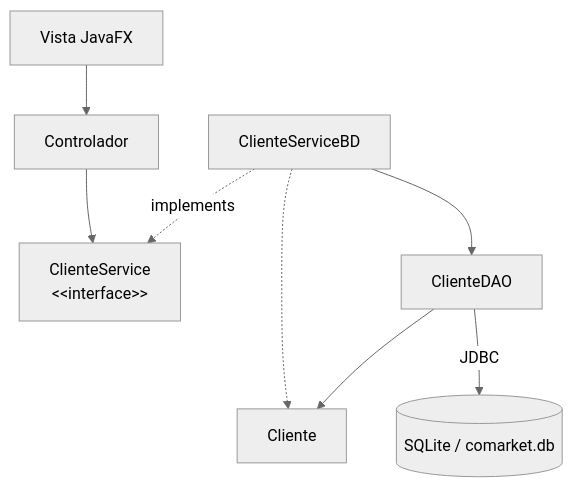
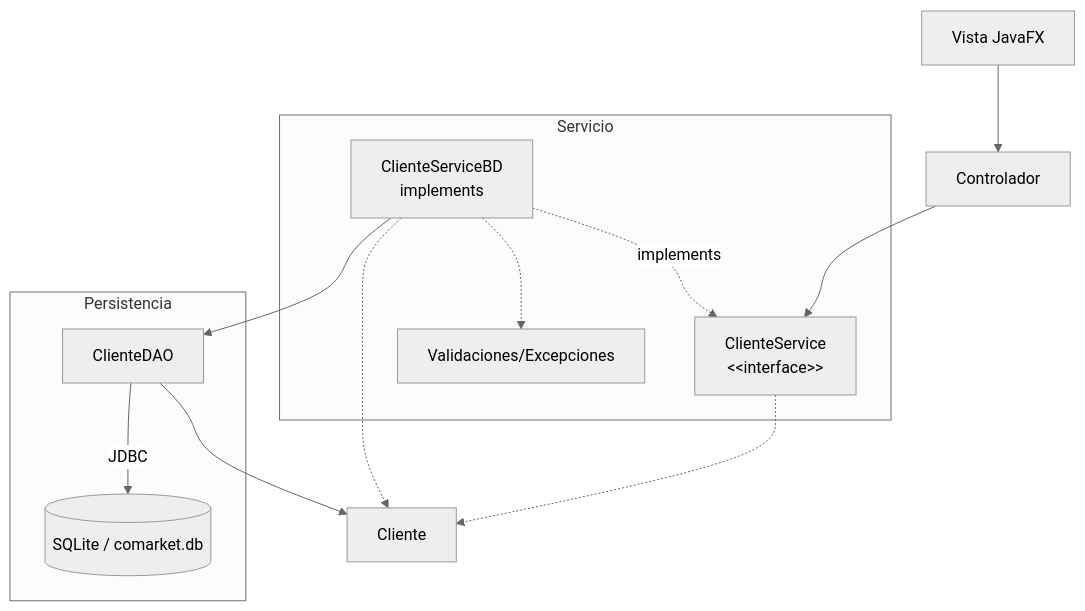
One commit to 262poo/comarket changed the diagram in docs/S10_DAO_CRUD_GUI.md. Above: the diagram before and after it, drawn with Mermaid (neutral theme). The commit also changed other lines of this file and 17 other files, not shown here.

````diff
--- a/docs/S10_DAO_CRUD_GUI.md
+++ b/docs/S10_DAO_CRUD_GUI.md
@@ -51,18 +61,28 @@
 ```mermaid
 flowchart TB
     Vista["Vista JavaFX"]
     Controlador["Controlador"]
-    Contrato["ClienteService<br/>&lt;&lt;interface&gt;&gt;"]
-    Servicio["ClienteServiceBD"]
+
+    subgraph Servicio["Servicio"]
+        Contrato["ClienteService<br/>&lt;&lt;interface&gt;&gt;"]
+        ServicioBD["ClienteServiceBD<br/>implements"]
+        Validaciones["Validaciones/Excepciones"]
+    end
+
     Entidades["Cliente"]
-    DAO["ClienteDAO"]
-    SQLite[("SQLite / comarket.db")]
+
+    subgraph Persistencia["Persistencia"]
+        DAO["ClienteDAO"]
+        SQLite[("SQLite / comarket.db")]
+    end
 
     Vista --> Controlador
     Controlador --> Contrato
-    Servicio -. implements .-> Contrato
-    Servicio -.-> Entidades
-    Servicio --> DAO
+    ServicioBD -. implements .-> Contrato
+    Contrato -.-> Entidades
+    ServicioBD -.-> Entidades
+    ServicioBD -.-> Validaciones
+    ServicioBD --> DAO
     DAO --> Entidades
     DAO -->|"JDBC"| SQLite
 ```
````
